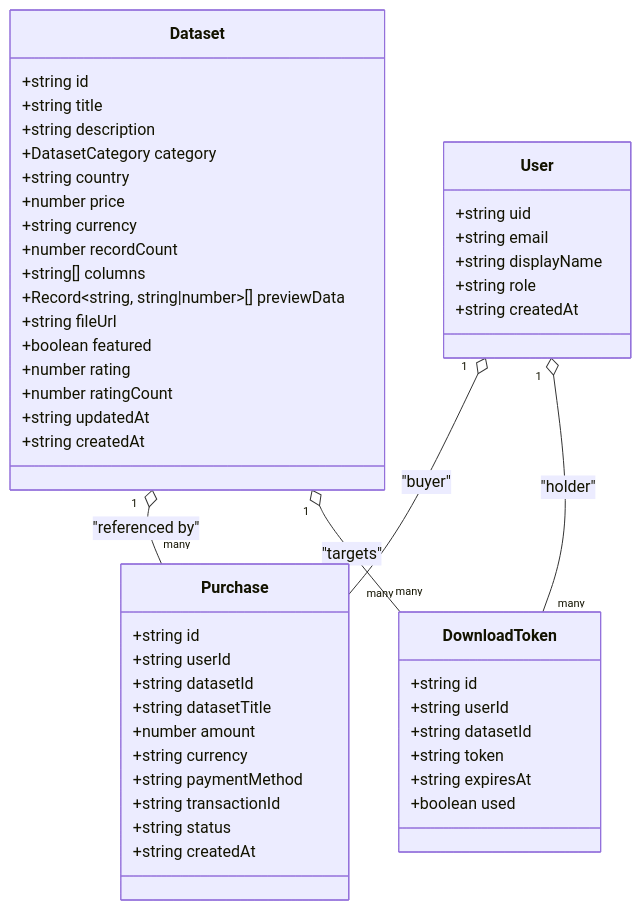
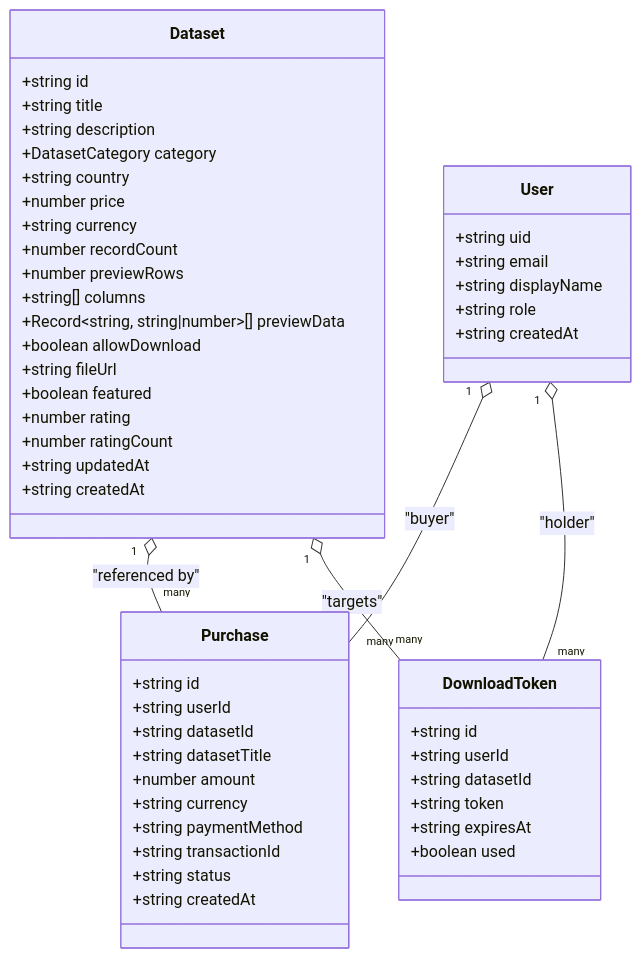
One commit to alikizang/datafrica changed the third of 8 diagrams in .qoder/repowiki/en/content/Dataset Management/Dataset Management.md. Above: the diagram before and after it, drawn with Mermaid. The commit also changed other lines of this file and 15 other files, not shown here.

````diff
--- a/.qoder/repowiki/en/content/Dataset Management/Dataset Management.md
+++ b/.qoder/repowiki/en/content/Dataset Management/Dataset Management.md
@@ -170,52 +185,54 @@
 ```mermaid
 classDiagram
 class Dataset {
 +string id
 +string title
 +string description
 +DatasetCategory category
 +string country
 +number price
 +string currency
 +number recordCount
++number previewRows
 +string[] columns
 +Record~string, string|number~[] previewData
++boolean allowDownload
 +string fileUrl
 +boolean featured
 +number rating
 +number ratingCount
 +string updatedAt
 +string createdAt
 }
 class Purchase {
 +string id
 +string userId
 +string datasetId
 +string datasetTitle
 +number amount
 +string currency
 +string paymentMethod
 +string transactionId
 +string status
 +string createdAt
 }
 class DownloadToken {
 +string id
 +string userId
 +string datasetId
 +string token
 +string expiresAt
 +boolean used
 }
 class User {
 +string uid
 +string email
 +string displayName
 +string role
 +string createdAt
 }
 Dataset "1" o-- "many" Purchase : "referenced by"
 User "1" o-- "many" Purchase : "buyer"
 User "1" o-- "many" DownloadToken : "holder"
 Dataset "1" o-- "many" DownloadToken : "targets"
 ```
````
